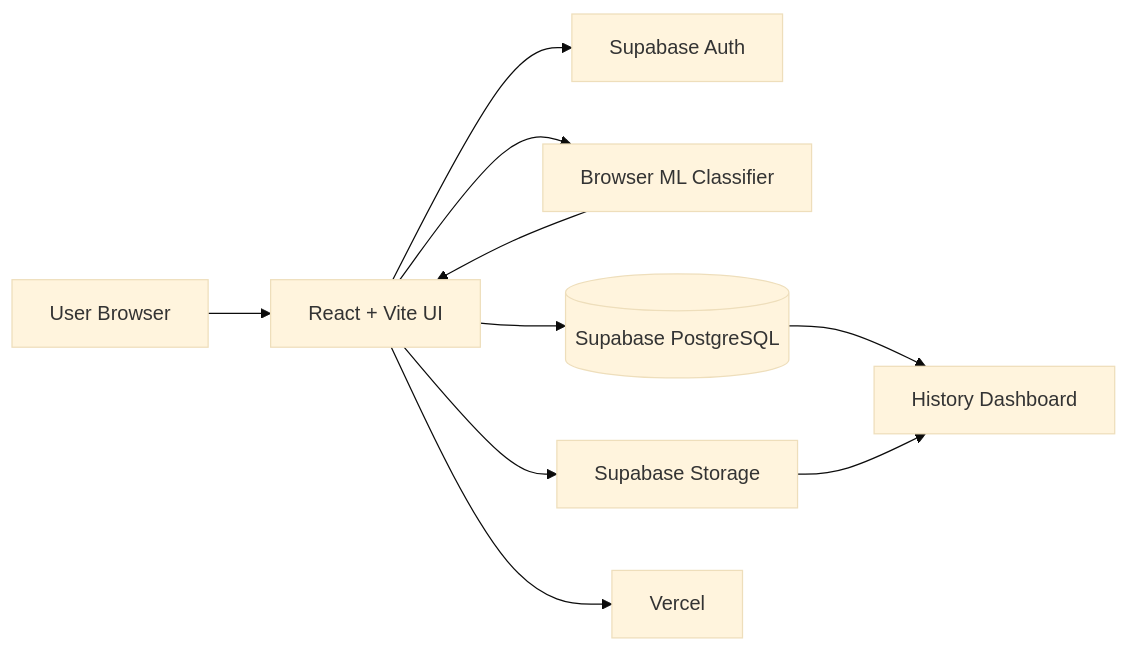
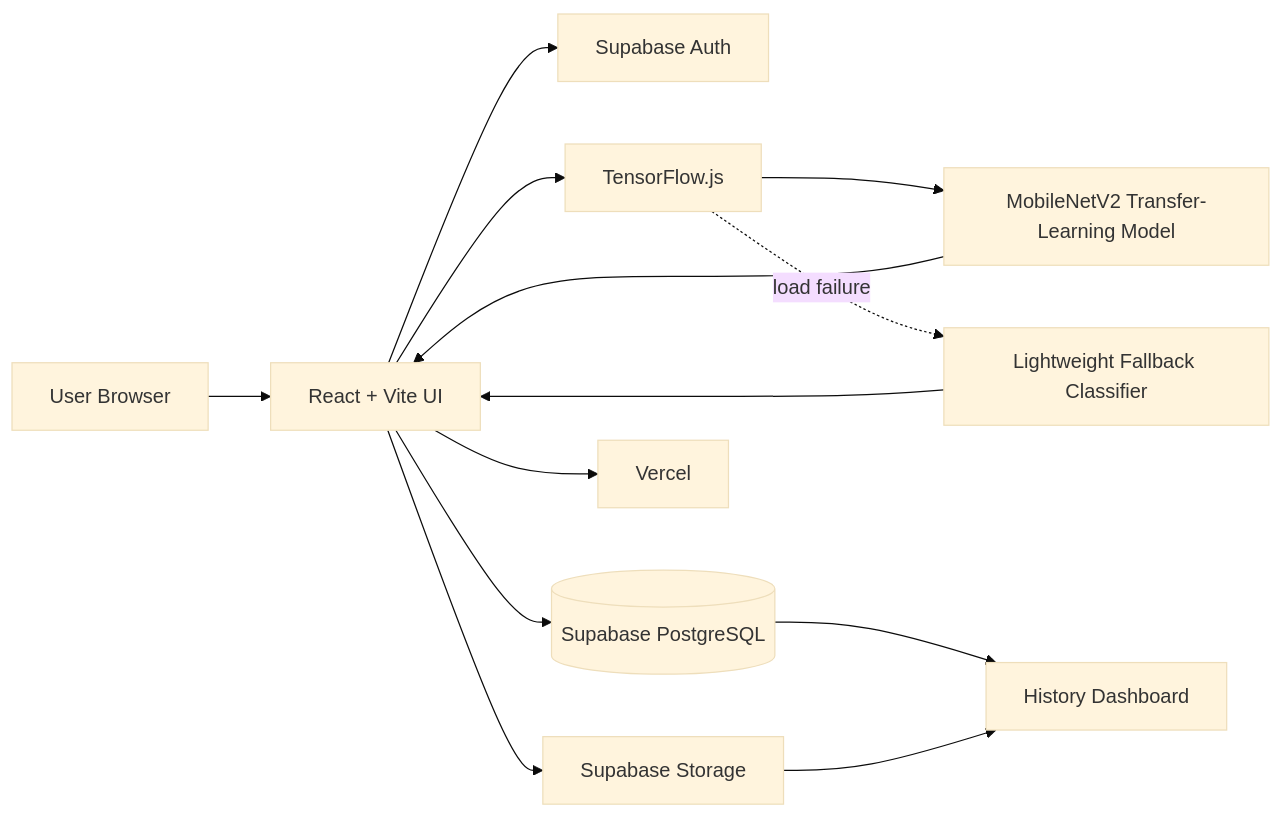
One commit to Mithun9661/poultry-disease-classification changed the first of 2 diagrams in docs/ARCHITECTURE.md. Above: the diagram before and after it, drawn with Mermaid (base theme). The commit also changed other lines of this file, not shown here.

Commit message:
docs: align architecture with MobileNetV2 and tested MERN backend

````diff
--- a/docs/ARCHITECTURE.md
+++ b/docs/ARCHITECTURE.md
@@ -7,12 +7,15 @@
 ```mermaid
 flowchart LR
     U[User Browser] --> UI[React + Vite UI]
     UI --> AUTH[Supabase Auth]
-    UI --> ML[Browser ML Classifier]
-    ML --> UI
+    UI --> TFJS[TensorFlow.js]
+    TFJS --> M[MobileNetV2 Transfer-Learning Model]
+    M --> UI
+    TFJS -. load failure .-> F[Lightweight Fallback Classifier]
+    F --> UI
     UI --> DB[(Supabase PostgreSQL)]
     UI --> ST[Supabase Storage]
-    DB --> HIST[History Dashboard]
-    ST --> HIST
-    UI --> VER[Vercel]
+    DB --> H[History Dashboard]
+    ST --> H
+    UI --> V[Vercel]
 ```
````
